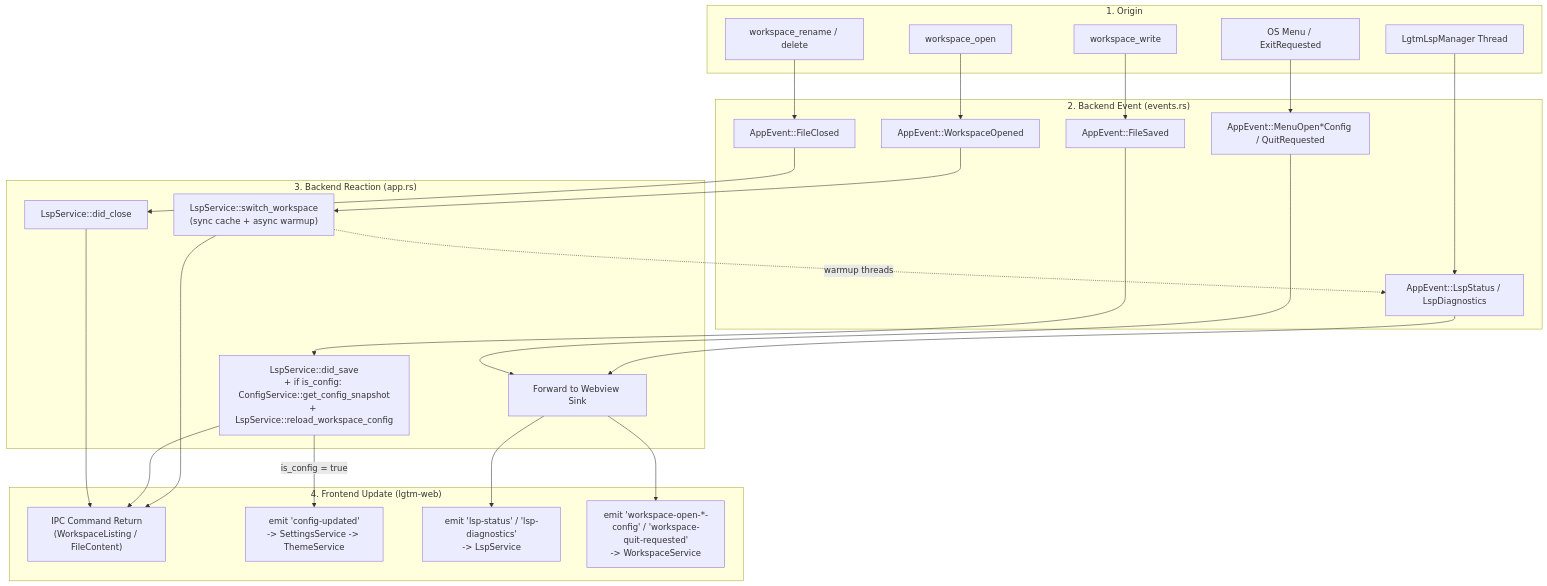
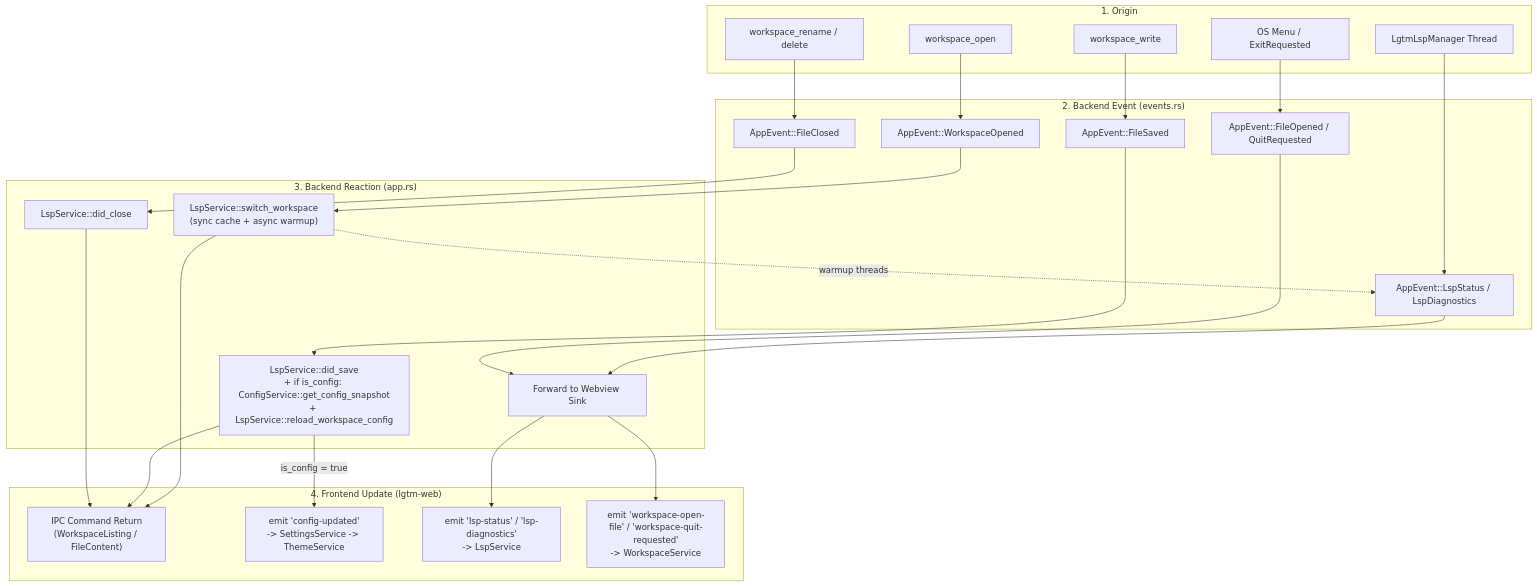
The second of 4 diagrams in docs/architecture/desktop/events.md (difflab-io/lgtm), drawn with Mermaid before and after one commit. The commit also changed other lines of this file and 10 other files, not shown here.

Commit message:
refactor(desktop): rename FileOpened event and call workspace_read directly

````diff
--- a/docs/architecture/desktop/events.md
+++ b/docs/architecture/desktop/events.md
@@ -119,40 +118,40 @@
 ```mermaid
 flowchart TD
     subgraph Origin["1. Origin"]
         O_OPEN["workspace_open"]
         O_SAVE["workspace_write"]
         O_CLOSE["workspace_rename / delete"]
         O_LSP["LgtmLspManager Thread"]
         O_OS["OS Menu / ExitRequested"]
     end
 
     subgraph Bus["2. Backend Event (events.rs)"]
         E_OPEN["AppEvent::WorkspaceOpened"]
         E_SAVE["AppEvent::FileSaved"]
         E_CLOSE["AppEvent::FileClosed"]
         E_LSP["AppEvent::LspStatus / LspDiagnostics"]
-        E_OS["AppEvent::MenuOpen*Config / QuitRequested"]
+        E_OS["AppEvent::FileOpened / QuitRequested"]
     end
 
     subgraph Backend["3. Backend Reaction (app.rs)"]
         B_OPEN["LspService::switch_workspace<br/>(sync cache + async warmup)"]
         B_SAVE["LspService::did_save<br/>+ if is_config: ConfigService::get_config_snapshot<br/>+ LspService::reload_workspace_config"]
         B_CLOSE["LspService::did_close"]
         B_PASS["Forward to Webview Sink"]
     end
 
     subgraph Frontend["4. Frontend Update (lgtm-web)"]
         F_RET["IPC Command Return<br/>(WorkspaceListing / FileContent)"]
         F_CFG["emit 'config-updated'<br/>-> SettingsService -> ThemeService"]
         F_LSP["emit 'lsp-status' / 'lsp-diagnostics'<br/>-> LspService"]
-        F_OS["emit 'workspace-open-*-config' / 'workspace-quit-requested'<br/>-> WorkspaceService"]
+        F_OS["emit 'workspace-open-file' / 'workspace-quit-requested'<br/>-> WorkspaceService"]
     end
 
     O_OPEN --> E_OPEN --> B_OPEN --> F_RET
     B_OPEN -.->|"warmup threads"| E_LSP
     O_SAVE --> E_SAVE --> B_SAVE --> F_RET
     B_SAVE -->|"is_config = true"| F_CFG
     O_CLOSE --> E_CLOSE --> B_CLOSE --> F_RET
     O_LSP --> E_LSP --> B_PASS --> F_LSP
     O_OS --> E_OS --> B_PASS --> F_OS
 ```
````
